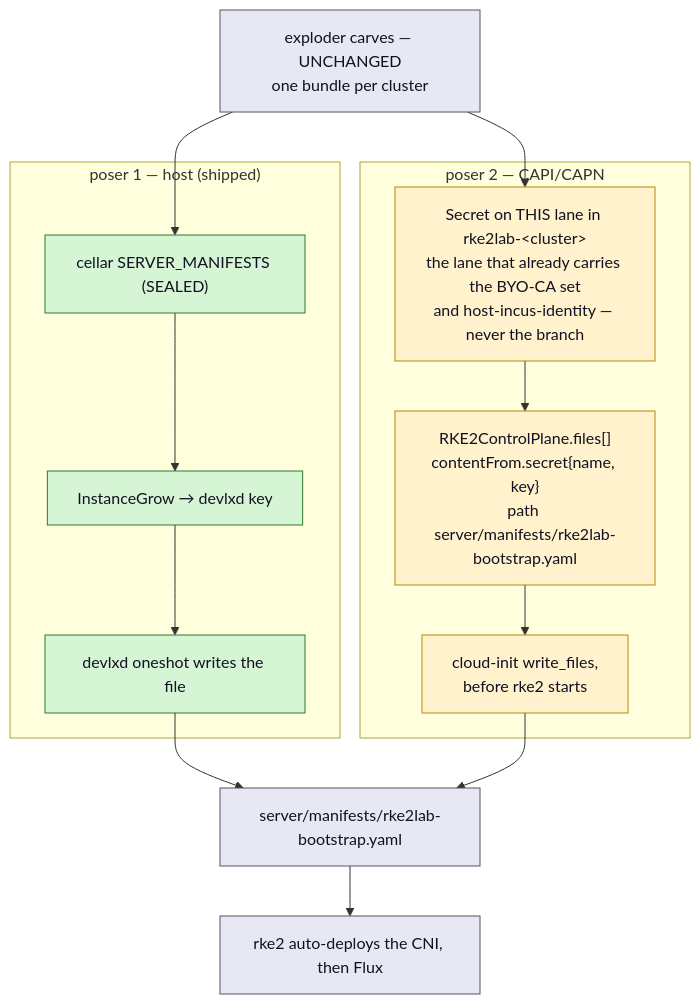
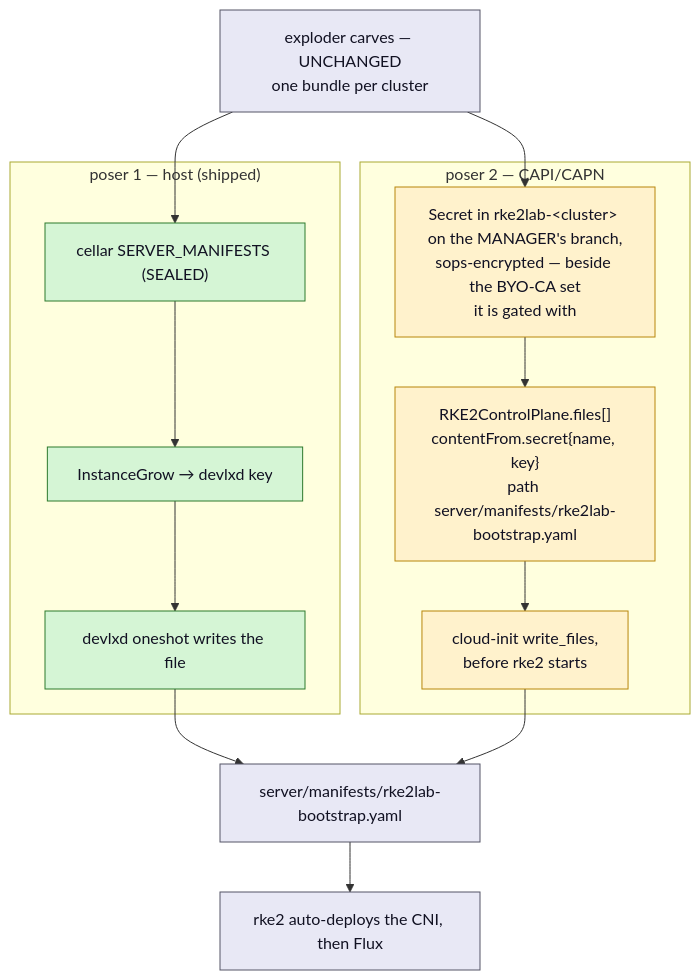
The second of 2 diagrams in docs/architecture/nixos-substrate/node-bootstrap-delivery.adoc (seedmatic/rke2lab), drawn with Mermaid before and after one commit. The commit also changed other lines of this file and 9 other files, not shown here.

```diff
--- a/docs/architecture/nixos-substrate/node-bootstrap-delivery.adoc
+++ b/docs/architecture/nixos-substrate/node-bootstrap-delivery.adoc
@@ -118,35 +118,35 @@
 [mermaid]
 ----
 flowchart TB
   ex["exploder carves — UNCHANGED<br/>one bundle per cluster"]
 
   subgraph A["poser 1 — host (shipped)"]
     ce1["cellar SERVER_MANIFESTS (SEALED)"]
     gr1["InstanceGrow → devlxd key"]
     n1["devlxd oneshot writes the file"]
     ce1 --> gr1 --> n1
   end
 
   subgraph B["poser 2 — CAPI/CAPN"]
-    sec["Secret on THIS lane in rke2lab-&lt;cluster&gt;<br/>the lane that already carries the BYO-CA set<br/>and host-incus-identity — never the branch"]
+    sec["Secret in rke2lab-&lt;cluster&gt; on the MANAGER's branch,<br/>sops-encrypted — beside the BYO-CA set<br/>it is gated with"]
     rcp["RKE2ControlPlane.files[]<br/>contentFrom.secret{name, key}<br/>path server/manifests/rke2lab-bootstrap.yaml"]
     n2["cloud-init write_files,<br/>before rke2 starts"]
     sec --> rcp --> n2
   end
 
   f["server/manifests/rke2lab-bootstrap.yaml"]
   rke2["rke2 auto-deploys the CNI, then Flux"]
 
   ex --> ce1
   ex --> sec
   n1 --> f
   n2 --> f
   f --> rke2
 
   classDef done fill:#d5f5d5,stroke:#2d7a2d,color:#112
   classDef todo fill:#fff2cc,stroke:#b8860b,color:#112
   classDef neutral fill:#e8e8f5,stroke:#555566,color:#112
   class ce1,gr1,n1 done
   class sec,rcp,n2 todo
   class ex,f,rke2 neutral
 ----
```
